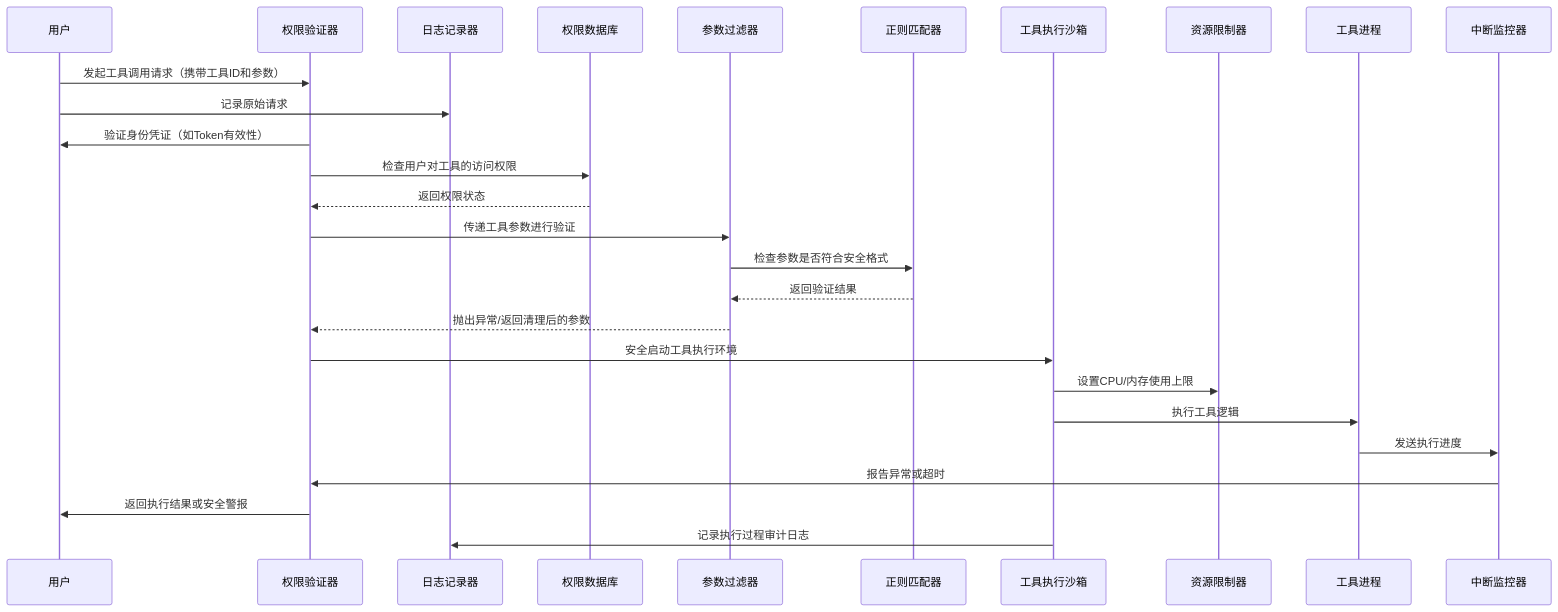
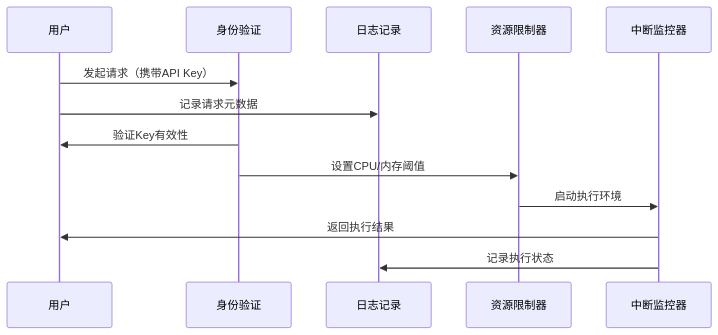
Before and after one commit to byte-tea/yaa: the second of 2 diagrams in docs/README.md, drawn with Mermaid. The commit also changed other lines of this file, not shown here.

Commit message:
【文档】更新系统架构图
- 简化了身份验证和权限验证的流程
- 移除了正则匹配器和参数过滤器的详细步骤
- 调整了工具执行沙箱和资源限制器的顺序
- 增加了中断监控器的角色
- 更新了日志记录的位置

````diff
--- a/docs/README.md
+++ b/docs/README.md
@@ -55,20 +55,11 @@
 ```mermaid
 %% yaa 工具调用安全机制图
 sequenceDiagram
-    用户 ->> 权限验证器: 发起工具调用请求（携带工具ID和参数）
-    用户 ->> 日志记录器: 记录原始请求
-    权限验证器 ->> 用户: 验证身份凭证（如Token有效性）
-    权限验证器 ->> 权限数据库: 检查用户对工具的访问权限
-    权限数据库 -->> 权限验证器: 返回权限状态
-    权限验证器 ->> 参数过滤器: 传递工具参数进行验证
-    参数过滤器 ->> 正则匹配器: 检查参数是否符合安全格式
-    正则匹配器 -->> 参数过滤器: 返回验证结果
-    参数过滤器 -->> 权限验证器: 抛出异常/返回清理后的参数
-    权限验证器 ->> 工具执行沙箱: 安全启动工具执行环境
-    工具执行沙箱 ->> 资源限制器: 设置CPU/内存使用上限
-    工具执行沙箱 ->> 工具进程: 执行工具逻辑
-    工具进程 ->> 中断监控器: 发送执行进度
-    中断监控器 ->> 权限验证器: 报告异常或超时
-    权限验证器 ->> 用户: 返回执行结果或安全警报
-    工具执行沙箱 ->> 日志记录器: 记录执行过程审计日志
+    用户 ->> 身份验证: 发起请求（携带API Key）
+    用户 ->> 日志记录: 记录请求元数据
+    身份验证 ->> 用户: 验证Key有效性
+    身份验证 ->> 资源限制器: 设置CPU/内存阈值
+    资源限制器 ->> 中断监控器: 启动执行环境
+    中断监控器 ->> 用户: 返回执行结果
+    中断监控器 ->> 日志记录: 记录执行状态
 ```
````
